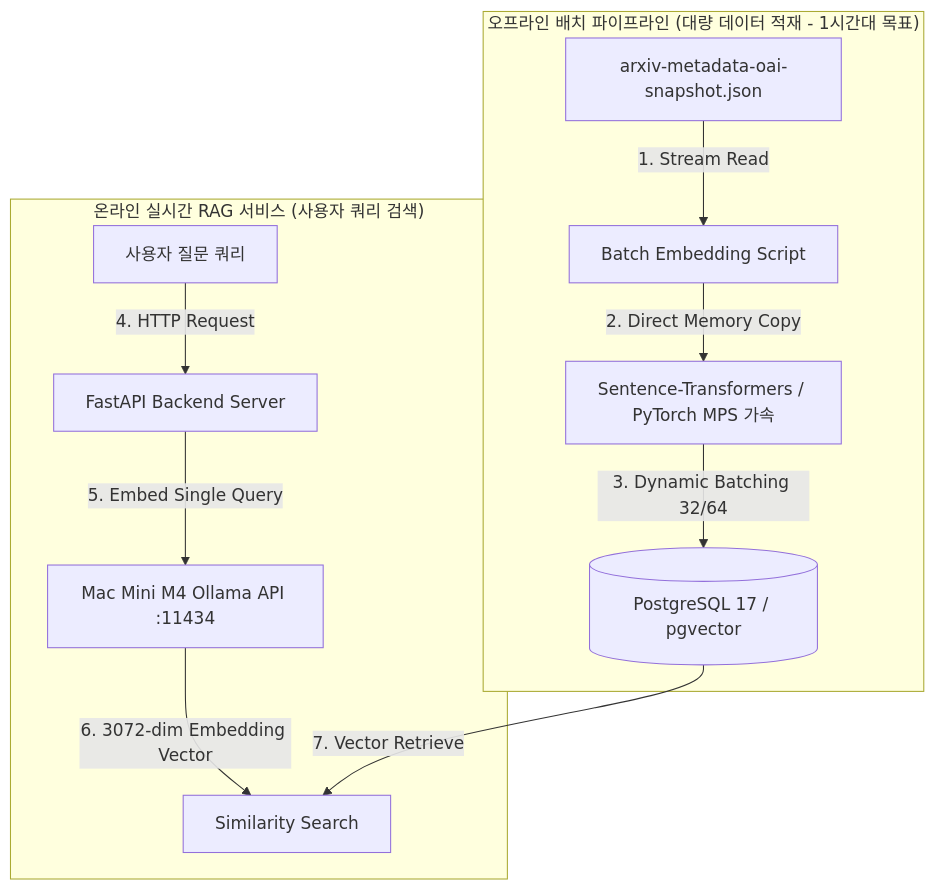
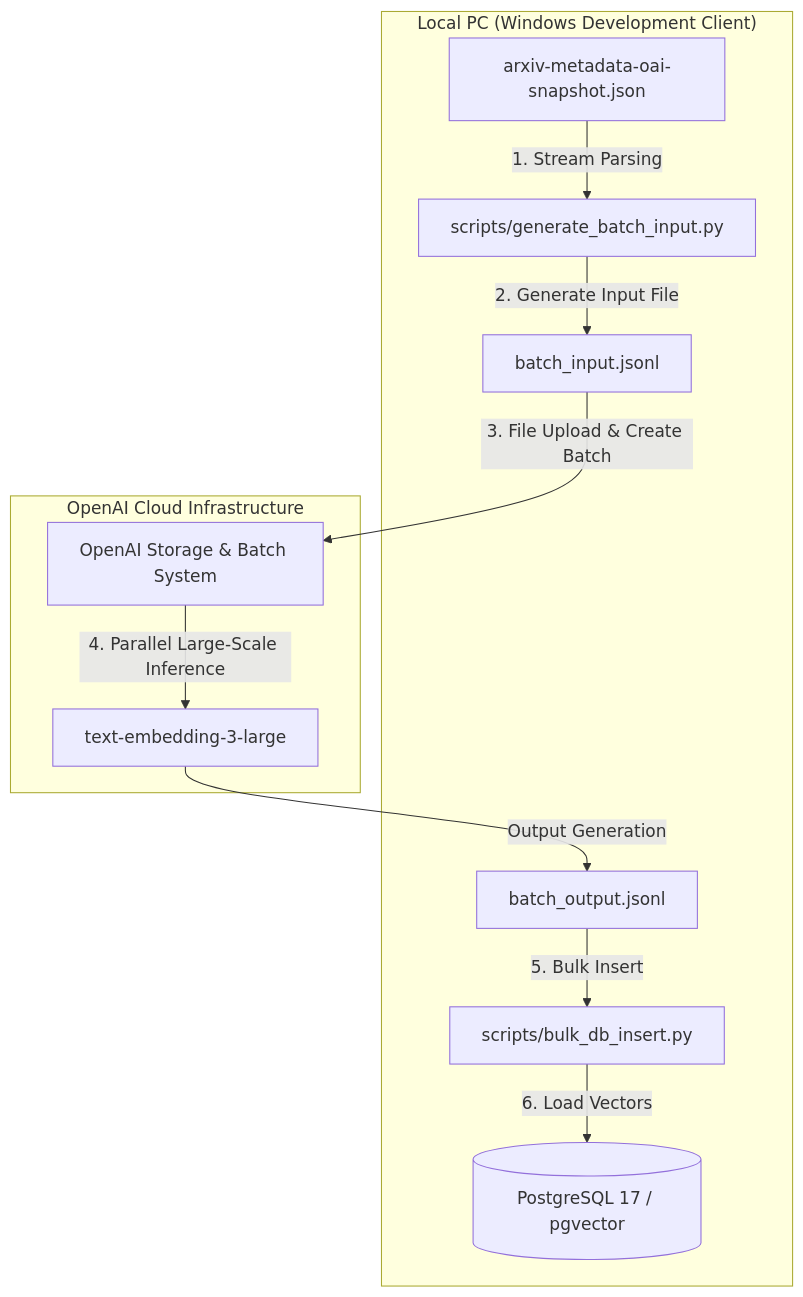
The diagram in docs/deliverables/2nd/project_plans/local-distributed-embedding-guide.md (bist-mini-2/bist-mini-2), drawn with Mermaid before and after one commit. The commit also changed other lines of this file, not shown here.

Commit message:
docs: change local-distributed-embedding-guide to OpenAI Batch API architecture

````diff
--- a/docs/deliverables/2nd/project_plans/local-distributed-embedding-guide.md
+++ b/docs/deliverables/2nd/project_plans/local-distributed-embedding-guide.md
@@ -11,15 +11,15 @@
 ```mermaid
 flowchart TD
-    subgraph "오프라인 배치 파이프라인 (대량 데이터 적재 - 1시간대 목표)"
-        A[arxiv-metadata-oai-snapshot.json] -->|1. Stream Read| B[Batch Embedding Script]
-        B -->|2. Direct Memory Copy| C[Sentence-Transformers / PyTorch MPS 가속]
-        C -->|3. Dynamic Batching 32/64| D[(PostgreSQL 17 / pgvector)]
+    subgraph LocalPC ["Local PC (Windows Development Client)"]
+        A[arxiv-metadata-oai-snapshot.json] -->|1. Stream Parsing| B[scripts/generate_batch_input.py]
+        B -->|2. Generate Input File| C[batch_input.jsonl]
+        F[batch_output.jsonl] -->|5. Bulk Insert| G[scripts/bulk_db_insert.py]
+        G -->|6. Load Vectors| H[(PostgreSQL 17 / pgvector)]
     end
 
-    subgraph "온라인 실시간 RAG 서비스 (사용자 쿼리 검색)"
-        E[사용자 질문 쿼리] -->|4. HTTP Request| F[FastAPI Backend Server]
-        F -->|5. Embed Single Query| G[Mac Mini M4 Ollama API :11434]
-        G -->|6. 3072-dim Embedding Vector| H[Similarity Search]
-        D -->|7. Vector Retrieve| H
+    subgraph OpenAICloud ["OpenAI Cloud Infrastructure"]
+        C -->|3. File Upload & Create Batch| D[OpenAI Storage & Batch System]
+        D -->|4. Parallel Large-Scale Inference| E[text-embedding-3-large]
+        E -->|Output Generation| F
     end
 ```
````
